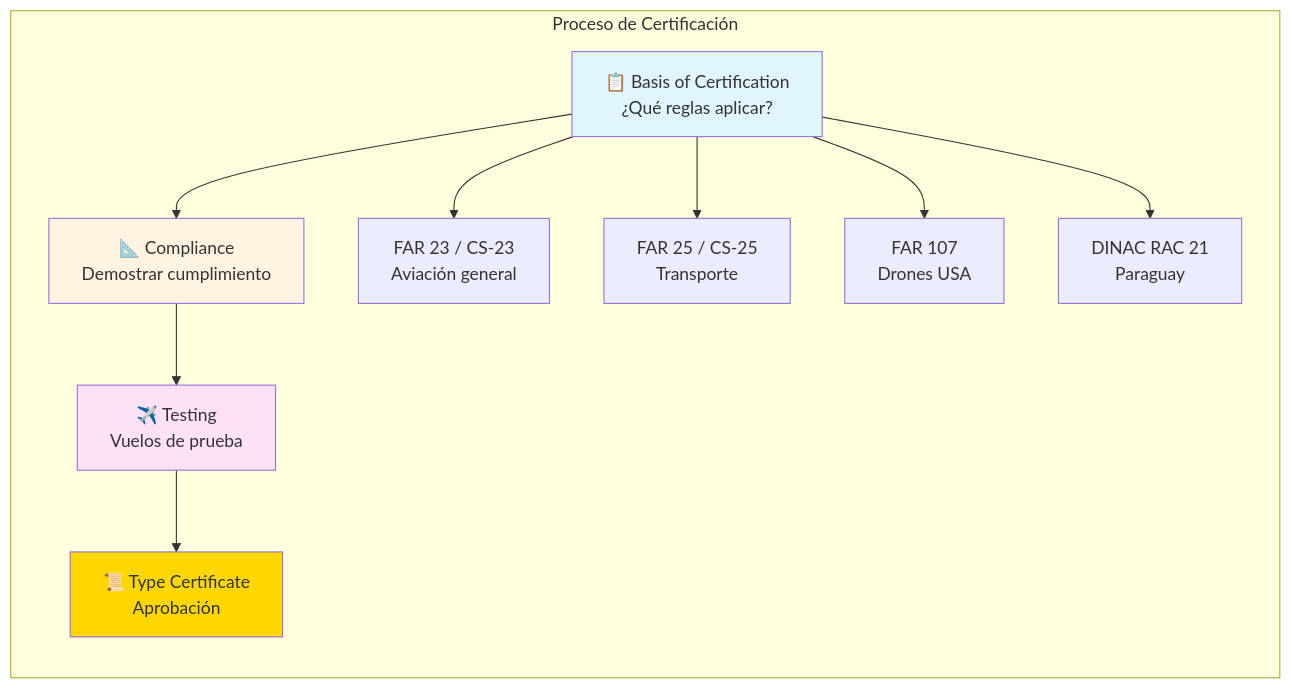
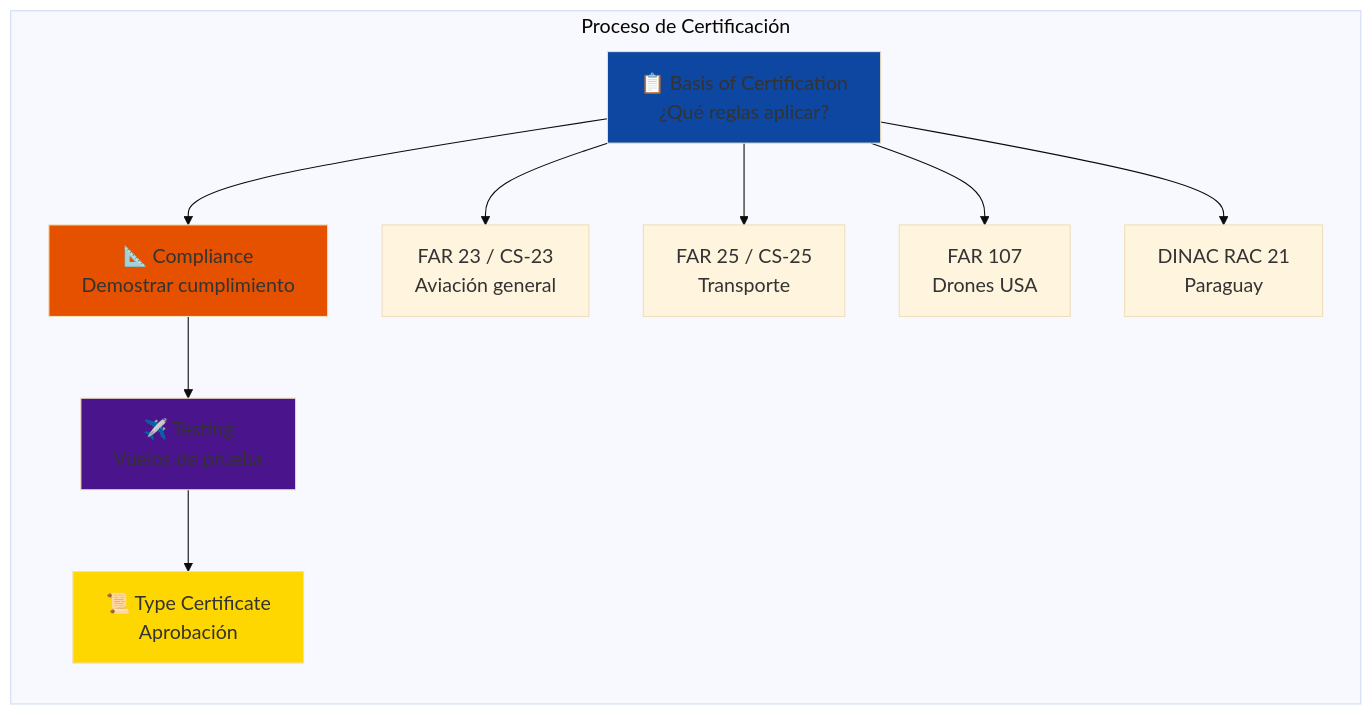
Before and after one commit to Ai-Whisperers/Courses-Content: the ninth of 12 diagrams in courses/🟡-development/FPUNA-2026/03-INGENIERIA-AERONAUTICA/05-diseno-aeronaves.md, drawn with Mermaid. The commit also changed other lines of this file and 47 other files, not shown here.

First line of the commit message:
fix: Make all 473 diagrams WCAG AAA accessible (FPUNA-2026)

````diff
--- a/courses/🟡-development/FPUNA-2026/03-INGENIERIA-AERONAUTICA/05-diseno-aeronaves.md
+++ b/courses/🟡-development/FPUNA-2026/03-INGENIERIA-AERONAUTICA/05-diseno-aeronaves.md
@@ -736,23 +744,24 @@
 ```mermaid
+%%{init: {'theme':'base', 'themeVariables': {'fontSize':'18px'}}}%%
 graph LR
     subgraph "Proceso de Certificación"
         A[📋 Basis of Certification<br/>¿Qué reglas aplicar?]
         B[📐 Compliance<br/>Demostrar cumplimiento]
         C[✈️ Testing<br/>Vuelos de prueba]
         D[📜 Type Certificate<br/>Aprobación]
         
         A --> B
         B --> C
         C --> D
         
         A --> E[FAR 23 / CS-23<br/>Aviación general]
         A --> F[FAR 25 / CS-25<br/>Transporte]
         A --> G[FAR 107<br/>Drones USA]
         A --> H[DINAC RAC 21<br/>Paraguay]
     end
     
-    style A fill:#E1F5FF
-    style B fill:#FFF4E1
-    style C fill:#FFE1F5
+    style A fill:#0d47a1
+    style B fill:#e65100
+    style C fill:#4a148c
     style D fill:#FFD700
 ```
````
